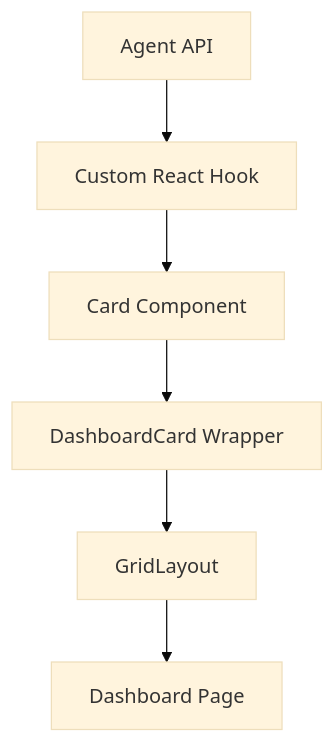
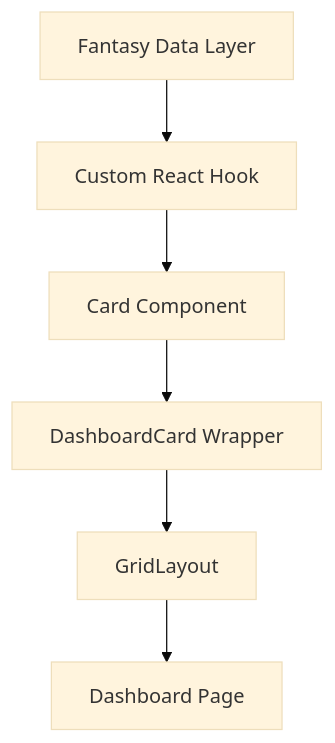
Before and after one commit to Skinnerbox916/MLBoss: the diagram in docs/dashboard-components.md, drawn with Mermaid (base theme). The commit also changed other lines of this file and 114 other files, not shown here.

````diff
--- a/docs/dashboard-components.md
+++ b/docs/dashboard-components.md
@@ -18,8 +18,8 @@
 ```mermaid
 flowchart TD
-  A[Agent API] --> B[Custom React Hook]
+  A[Fantasy Data Layer] --> B[Custom React Hook]
   B --> C[Card Component]
   C --> D[DashboardCard Wrapper]
   D --> E[GridLayout]
   E --> F[Dashboard Page]
 ```
````
